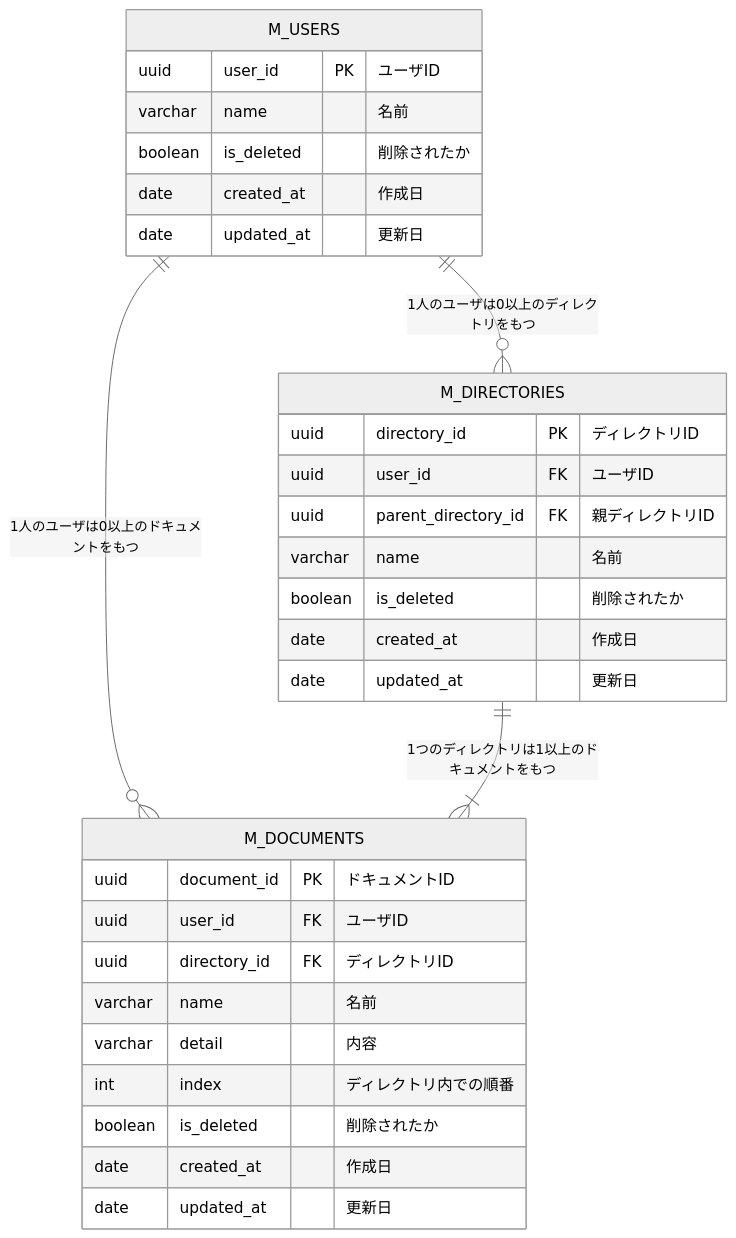
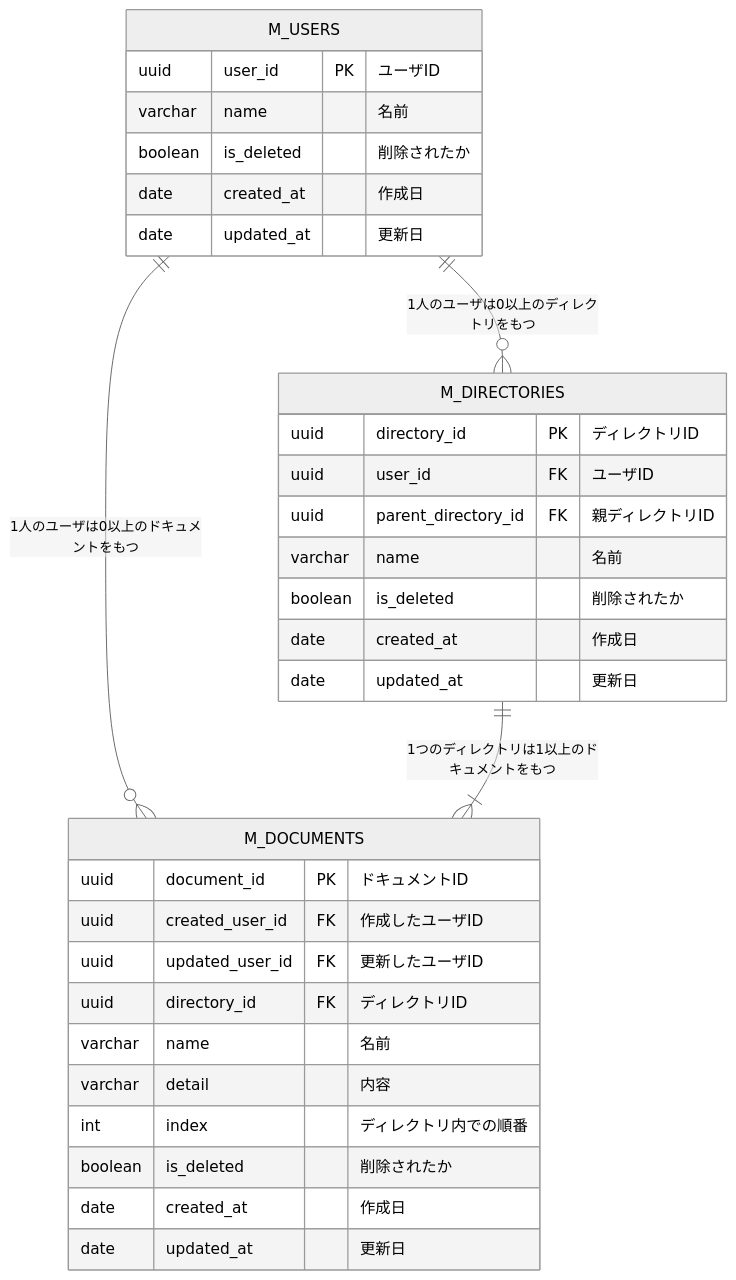
The diagram in F0yWy8HaLlWoST/01_データベース設計/03_DBモデリング3/kadai_02.md (praha-inc/praha-challenge-7), drawn with Mermaid (neutral theme) before and after one commit. The commit also changed 1 other file, not shown here.

Commit message:
fix: 更新したユーザもDBに追加する

````diff
--- a/F0yWy8HaLlWoST/01_データベース設計/03_DBモデリング3/kadai_02.md
+++ b/F0yWy8HaLlWoST/01_データベース設計/03_DBモデリング3/kadai_02.md
@@ -5,37 +5,38 @@
 ```mermaid
 erDiagram
 
   M_USERS {
     uuid user_id PK "ユーザID"
     varchar name "<Not null> 名前"
     boolean is_deleted "<Not null> 削除されたか"
     date created_at "<Not null> 作成日"
     date updated_at "更新日"
   }
 
   M_DIRECTORIES {
     uuid directory_id PK "ディレクトリID"
     uuid user_id FK "<Not null> ユーザID"
     uuid parent_directory_id FK "<Not null><default: root> 親ディレクトリID"
     varchar name "<Not null> 名前"
     boolean is_deleted "<Not null> 削除されたか"
     date created_at "<Not null> 作成日"
     date updated_at "更新日"
   }
 
   M_DOCUMENTS {
     uuid document_id PK "ドキュメントID"
-    uuid user_id FK "<Not null> ユーザID"
+    uuid created_user_id FK "<Not null> 作成したユーザID"
+    uuid updated_user_id FK "<Not null> 更新したユーザID"
     uuid directory_id FK "<Not null><default: root> ディレクトリID"
     varchar name "<Not null> 名前"
     varchar detail "<Not null> 内容"
     int index "<Not null><default: 最大index+1> ディレクトリ内での順番"
     boolean is_deleted "<Not null> 削除されたか"
     date created_at "<Not null> 作成日"
     date updated_at "更新日"
   }
 
   M_USERS ||--o{ M_DIRECTORIES: "1人のユーザは0以上のディレクトリをもつ"
   M_USERS ||--o{ M_DOCUMENTS: "1人のユーザは0以上のドキュメントをもつ"
   M_DIRECTORIES ||--|{ M_DOCUMENTS: "1つのディレクトリは1以上のドキュメントをもつ"
 ```
````
